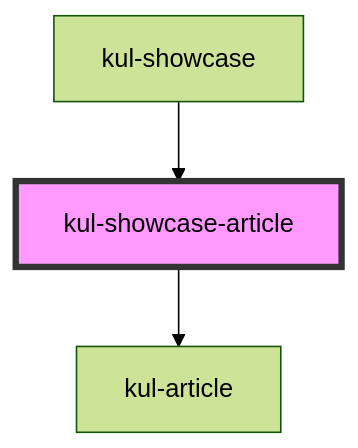
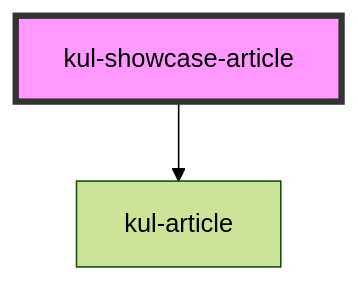
One commit to smeup/ketchup changed the diagram in packages/ketchup-lite/src/components/kul-showcase/components/article/readme.md. Above: the diagram before and after it, drawn with Mermaid (forest theme). The commit also changed other lines of this file and 25 other files, not shown here.

````diff
--- a/packages/ketchup-lite/src/components/kul-showcase/components/article/readme.md
+++ b/packages/ketchup-lite/src/components/kul-showcase/components/article/readme.md
@@ -30,6 +26,5 @@
 ```mermaid
 graph TD;
   kul-showcase-article --> kul-article
-  kul-showcase --> kul-showcase-article
   style kul-showcase-article fill:#f9f,stroke:#333,stroke-width:4px
 ```
````
